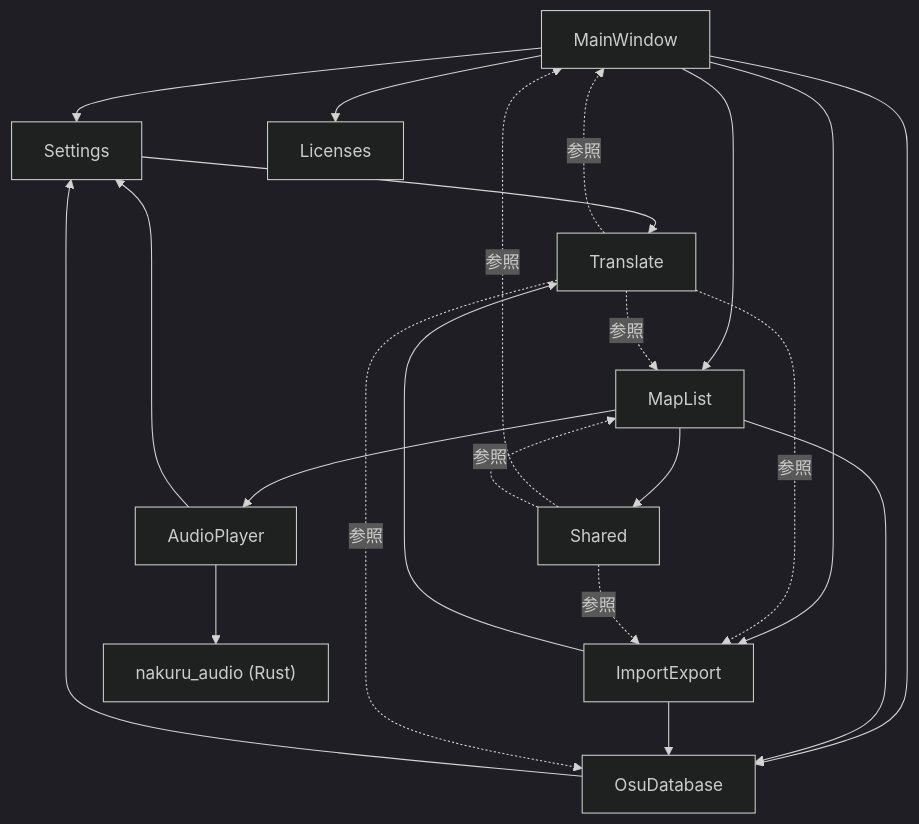
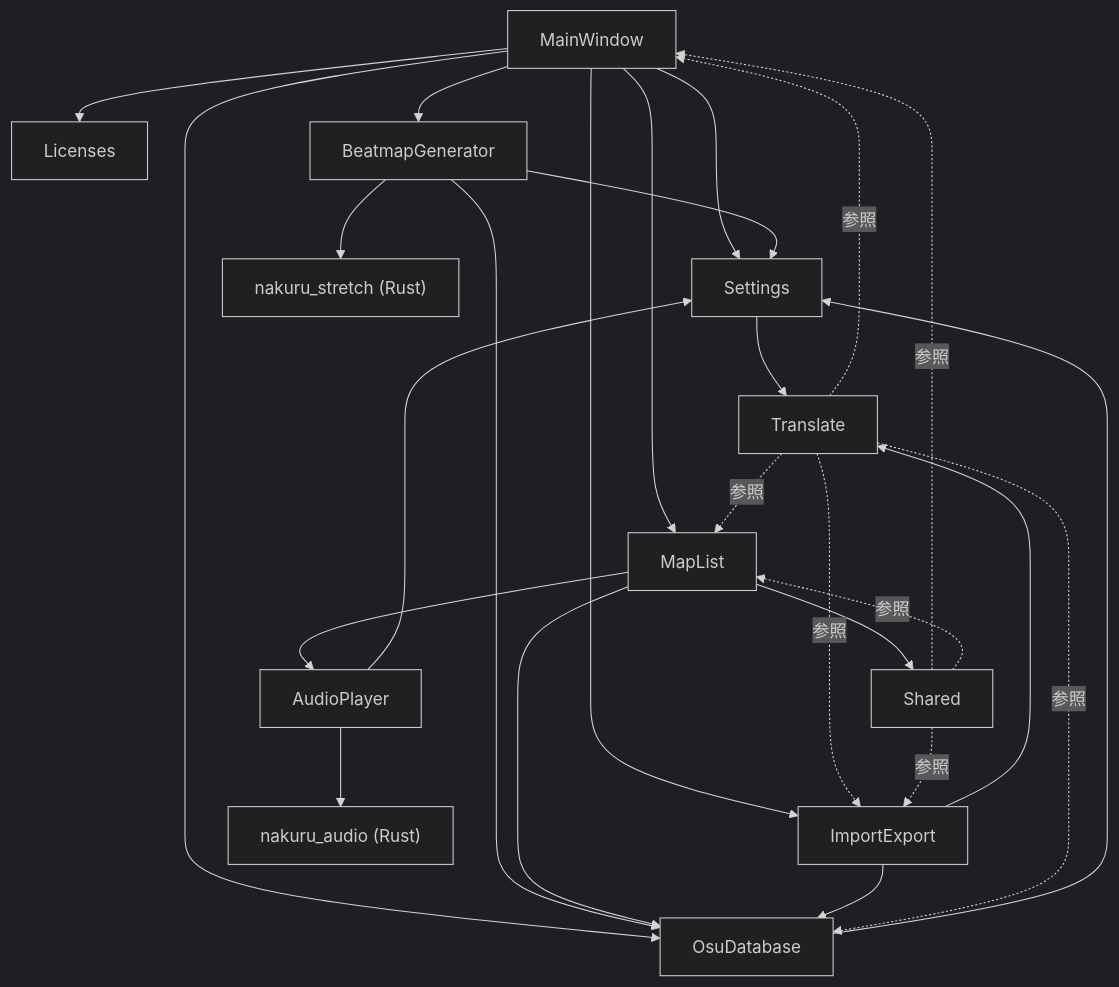
The diagram in docs/ARCHITECTURE.md (rice5941/NakuruTool_Avalonia_AOT), drawn with Mermaid (dark theme) before and after one commit. The commit also changed other lines of this file and 58 other files, not shown here.

````diff
--- a/docs/ARCHITECTURE.md
+++ b/docs/ARCHITECTURE.md
@@ -197,24 +208,28 @@
 ```mermaid
 graph TD
     MW[MainWindow] --> Settings
     MW --> OsuDatabase
     MW --> MapList
     MW --> ImportExport
     MW --> Licenses
+    MW --> BeatmapGenerator
+    BeatmapGenerator --> OsuDatabase
+    BeatmapGenerator --> Settings
     MapList --> OsuDatabase
     MapList --> AudioPlayer
     MapList --> Shared
     ImportExport --> OsuDatabase
     ImportExport --> Translate
     AudioPlayer --> Settings
     AudioPlayer --> NativeLib["nakuru_audio (Rust)"]
+    BeatmapGenerator --> NativeStretch["nakuru_stretch (Rust)"]
     OsuDatabase --> Settings
     Settings --> Translate
     Translate -.->|参照| MW
     Translate -.->|参照| MapList
     Translate -.->|参照| OsuDatabase
     Translate -.->|参照| ImportExport
     Shared -.->|参照| MW
     Shared -.->|参照| MapList
     Shared -.->|参照| ImportExport
 ```
````
